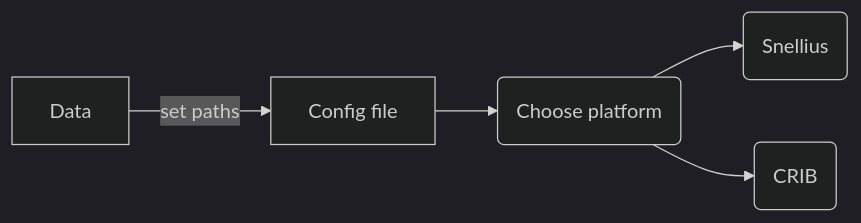
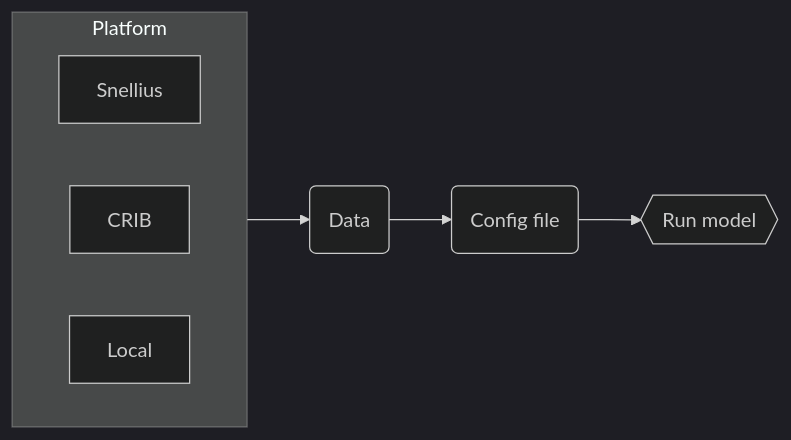
The diagram in README.md (EcoExtreML/STEMMUS_SCOPE), drawn with Mermaid (dark theme) before and after one commit. The commit also changed other lines of this file, not shown here.

Commit message:
add reference and update roadmap

````diff
--- a/README.md
+++ b/README.md
@@ -10,9 +11,17 @@
 ```mermaid
 flowchart LR
-    A[Data] -->|set paths| B[Config file]
-    B --> C(Choose platform)
-    C -->D(Snellius)
-    C -->E(CRIB)
-    click D "https://github.com/EcoExtreML/STEMMUS_SCOPE/blob/polish_readme/docs/STEMMUS_SCOPE_on_Snellius.md" "Run STEMMUS_SCOPE on Snellius" _blank
-    click E "https://github.com/EcoExtreML/STEMMUS_SCOPE/blob/polish_readme/docs/STEMMUS_SCOPE_on_CRIB.md" "Run STEMMUS_SCOPE on CRIB" _blank
+  subgraph Platform
+    direction RL
+    Snellius
+    CRIB
+    Local
+  end
+  A(Data)
+  Platform --> A
+  B(Config file)
+  A --> B
+  C{{Run model}}
+  B --> C
+  click Snellius "https://github.com/EcoExtreML/STEMMUS_SCOPE/tree/main/docs/STEMMUS_SCOPE_on_Snellius.md" "Run STEMMUS_SCOPE on Snellius" _blank
+  click CRIB "https://github.com/EcoExtreML/STEMMUS_SCOPE/tree/main/docs/STEMMUS_SCOPE_on_CRIB.md" "Run STEMMUS_SCOPE on CRIB" _blank
 ```
````
